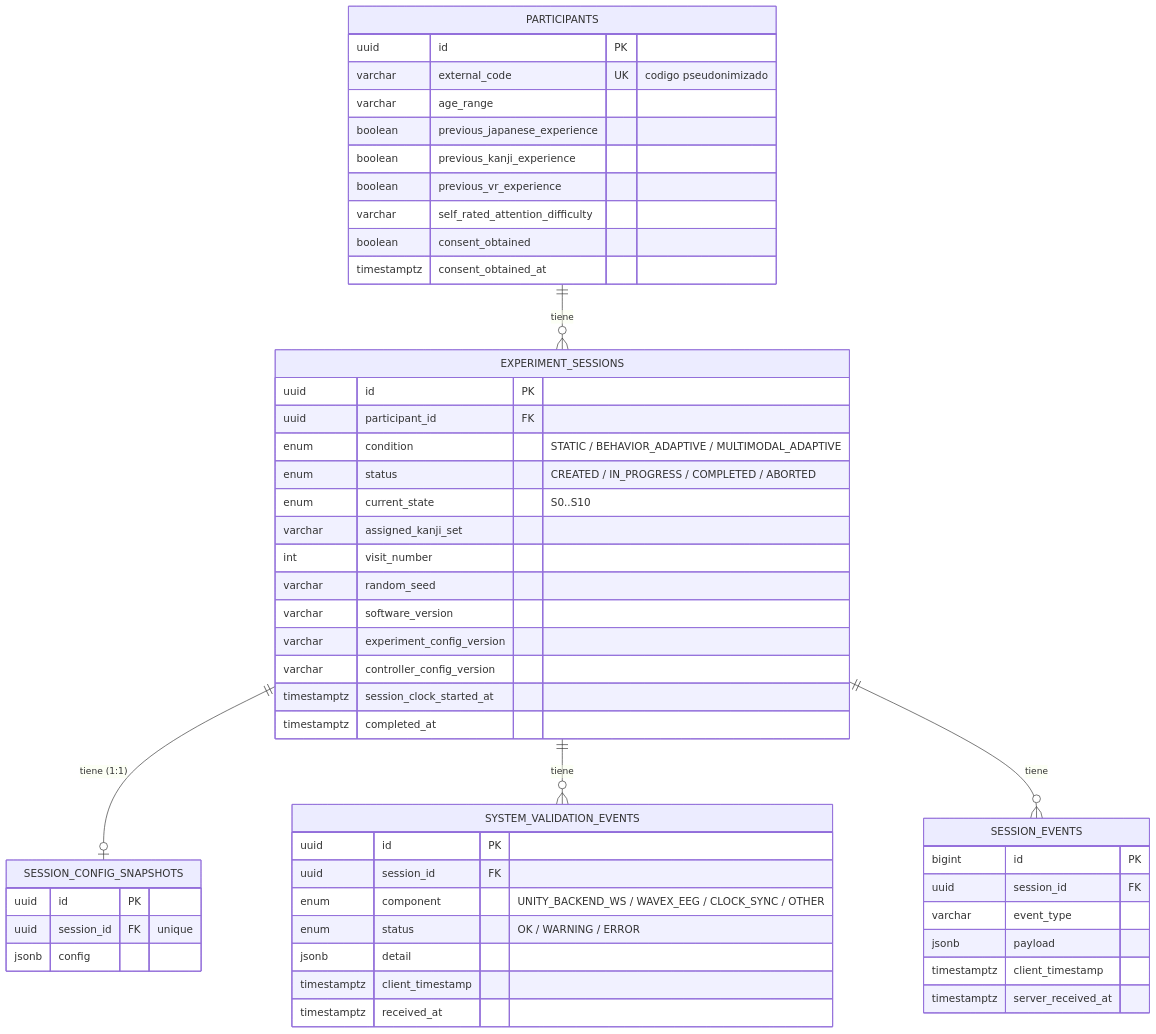
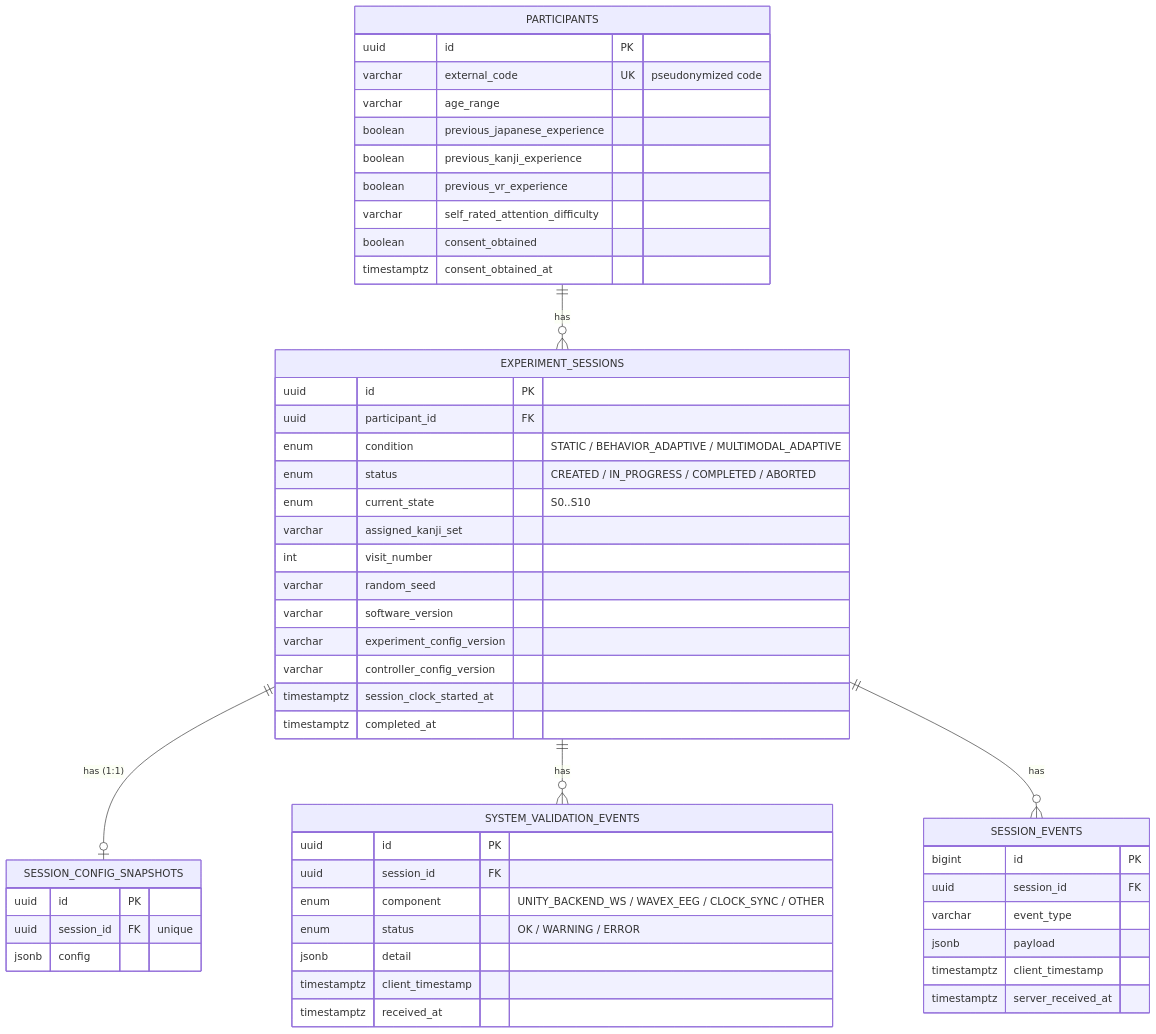
Before and after one commit to SebaS180304/NeuroAdaptive-Kanji-VR: the diagram in database/ERD.md, drawn with Mermaid. The commit also changed other lines of this file and 3 other files, not shown here.

````diff
--- a/database/ERD.md
+++ b/database/ERD.md
@@ -8,60 +7,60 @@
 ```mermaid
 erDiagram
-    PARTICIPANTS ||--o{ EXPERIMENT_SESSIONS : "tiene"
-    EXPERIMENT_SESSIONS ||--o| SESSION_CONFIG_SNAPSHOTS : "tiene (1:1)"
-    EXPERIMENT_SESSIONS ||--o{ SYSTEM_VALIDATION_EVENTS : "tiene"
-    EXPERIMENT_SESSIONS ||--o{ SESSION_EVENTS : "tiene"
+    PARTICIPANTS ||--o{ EXPERIMENT_SESSIONS : "has"
+    EXPERIMENT_SESSIONS ||--o| SESSION_CONFIG_SNAPSHOTS : "has (1:1)"
+    EXPERIMENT_SESSIONS ||--o{ SYSTEM_VALIDATION_EVENTS : "has"
+    EXPERIMENT_SESSIONS ||--o{ SESSION_EVENTS : "has"
 
     PARTICIPANTS {
         uuid id PK
-        varchar external_code UK "codigo pseudonimizado"
+        varchar external_code UK "pseudonymized code"
         varchar age_range
         boolean previous_japanese_experience
         boolean previous_kanji_experience
         boolean previous_vr_experience
         varchar self_rated_attention_difficulty
         boolean consent_obtained
         timestamptz consent_obtained_at
     }
 
     EXPERIMENT_SESSIONS {
         uuid id PK
         uuid participant_id FK
         enum condition "STATIC / BEHAVIOR_ADAPTIVE / MULTIMODAL_ADAPTIVE"
         enum status "CREATED / IN_PROGRESS / COMPLETED / ABORTED"
         enum current_state "S0..S10"
         varchar assigned_kanji_set
         int visit_number
         varchar random_seed
         varchar software_version
         varchar experiment_config_version
         varchar controller_config_version
         timestamptz session_clock_started_at
         timestamptz completed_at
     }
 
     SESSION_CONFIG_SNAPSHOTS {
         uuid id PK
         uuid session_id FK "unique"
         jsonb config
     }
 
     SYSTEM_VALIDATION_EVENTS {
         uuid id PK
         uuid session_id FK
         enum component "UNITY_BACKEND_WS / WAVEX_EEG / CLOCK_SYNC / OTHER"
         enum status "OK / WARNING / ERROR"
         jsonb detail
         timestamptz client_timestamp
         timestamptz received_at
     }
 
     SESSION_EVENTS {
         bigint id PK
         uuid session_id FK
         varchar event_type
         jsonb payload
         timestamptz client_timestamp
         timestamptz server_received_at
     }
 ```
````
